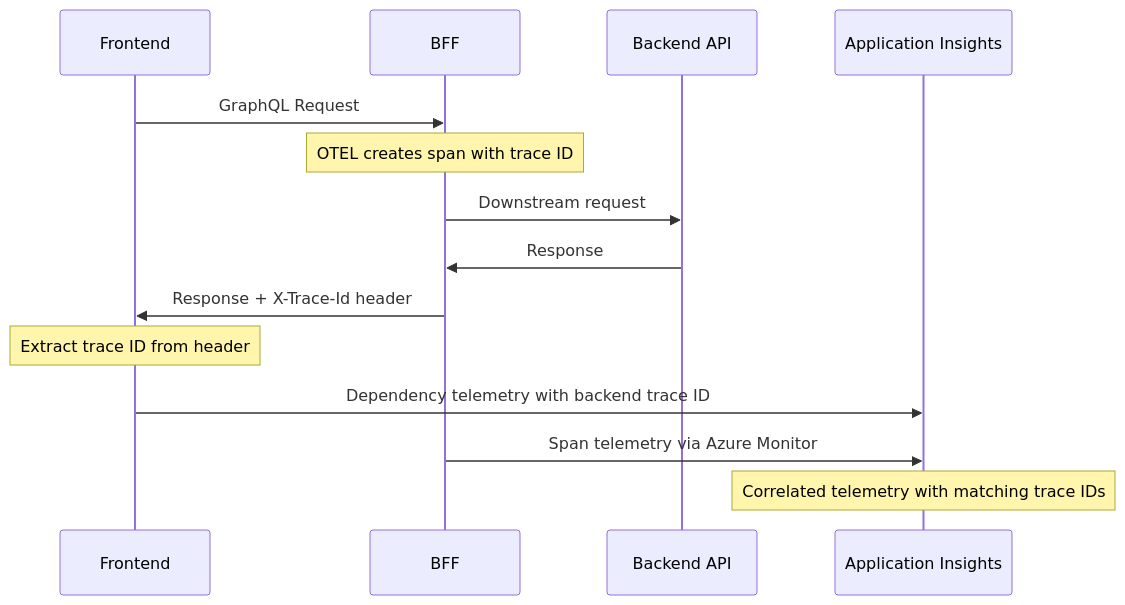
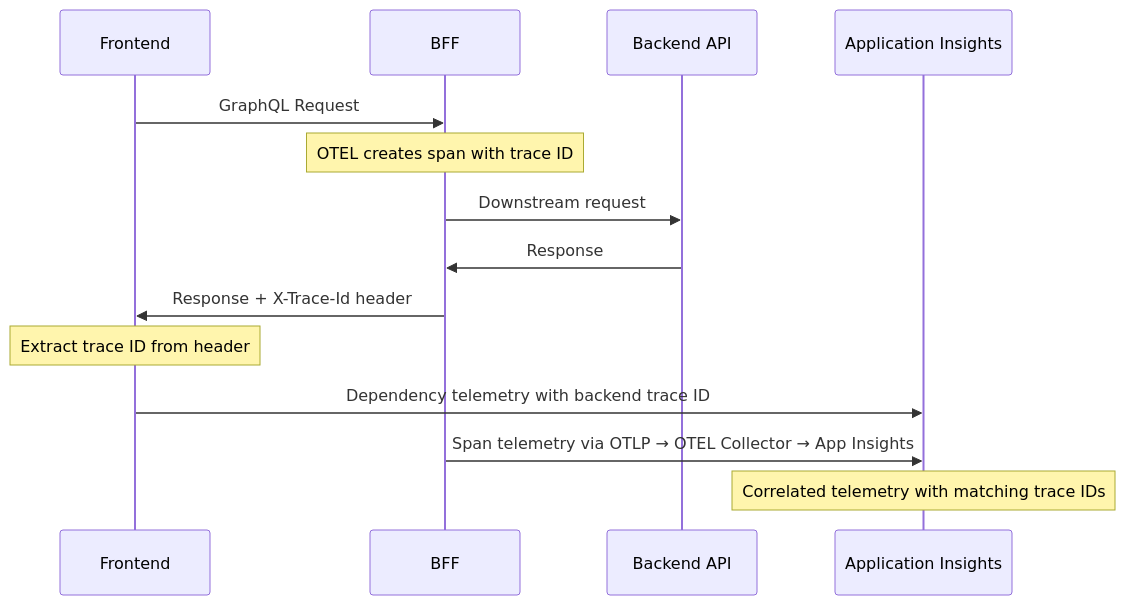
Before and after one commit to Altinn/dialogporten-frontend: the diagram in packages/docs/docs/development/instrumentation.md, drawn with Mermaid. The commit also changed other lines of this file and 28 other files, not shown here.

Commit message:
feat(bff): use otel exporter to export logs, metrics and traces

````diff
--- a/packages/docs/docs/development/instrumentation.md
+++ b/packages/docs/docs/development/instrumentation.md
@@ -125,17 +143,17 @@
 ```mermaid
 sequenceDiagram
     participant Frontend
     participant BFF
     participant Backend API
     participant Application Insights
 
     Frontend->>BFF: GraphQL Request
     Note over BFF: OTEL creates span with trace ID
     BFF->>Backend API: Downstream request
     Backend API->>BFF: Response
     BFF->>Frontend: Response + X-Trace-Id header
     Note over Frontend: Extract trace ID from header
     Frontend->>Application Insights: Dependency telemetry with backend trace ID
-    BFF->>Application Insights: Span telemetry via Azure Monitor
+    BFF->>Application Insights: Span telemetry via OTLP → OTEL Collector → App Insights
     Note over Application Insights: Correlated telemetry with matching trace IDs
 ```
````
